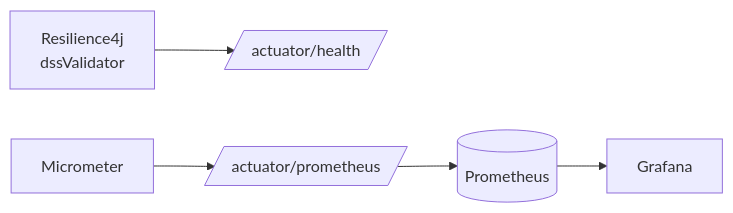
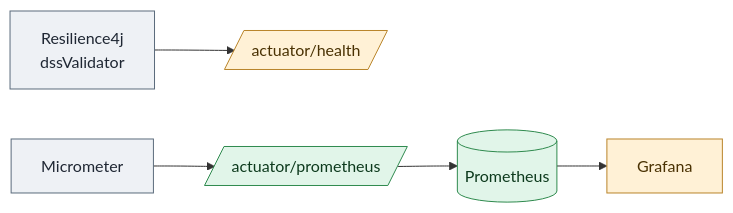
The second of 2 diagrams in docs/en/07-logging-audit.md (toresoft/sign-verify), drawn with Mermaid before and after one commit. The commit also changed other lines of this file and 23 other files, not shown here.

First line of the commit message:
docs: expand EN/IT guides with glossary and component-map diagram

````diff
--- a/docs/en/07-logging-audit.md
+++ b/docs/en/07-logging-audit.md
@@ -142,7 +184,14 @@
 ```mermaid
 flowchart LR
     R4J[Resilience4j\ndssValidator] --> H[/actuator/health/]
     MM[Micrometer] --> P[/actuator/prometheus/]
     P --> PR[(Prometheus)]
     PR --> GR[Grafana]
+
+    classDef app fill:#eef1f5,stroke:#5b6b7c,color:#1f2733
+    classDef external fill:#fff1d6,stroke:#b9842a,color:#4a3203
+    classDef store fill:#e1f5e9,stroke:#2f8a4e,color:#0d3a1d
+    class R4J,MM app
+    class H,GR external
+    class P,PR store
 ```
````
